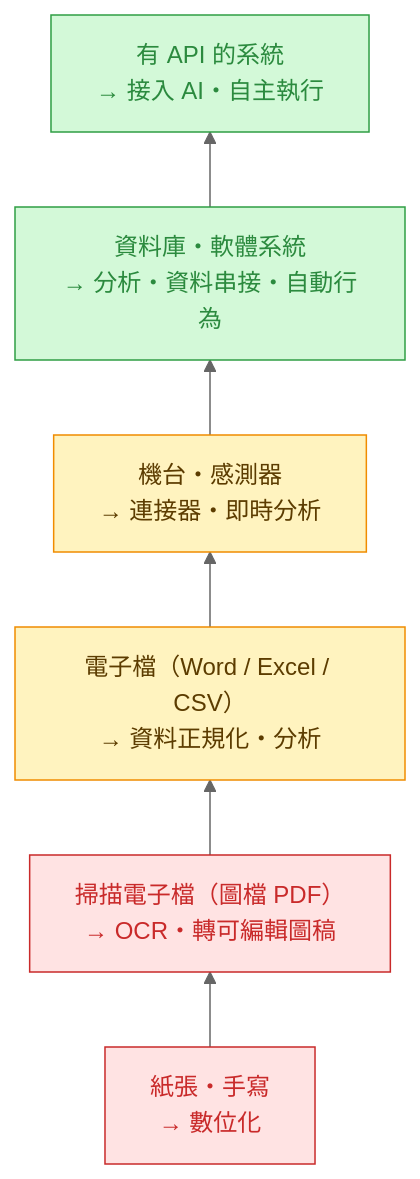
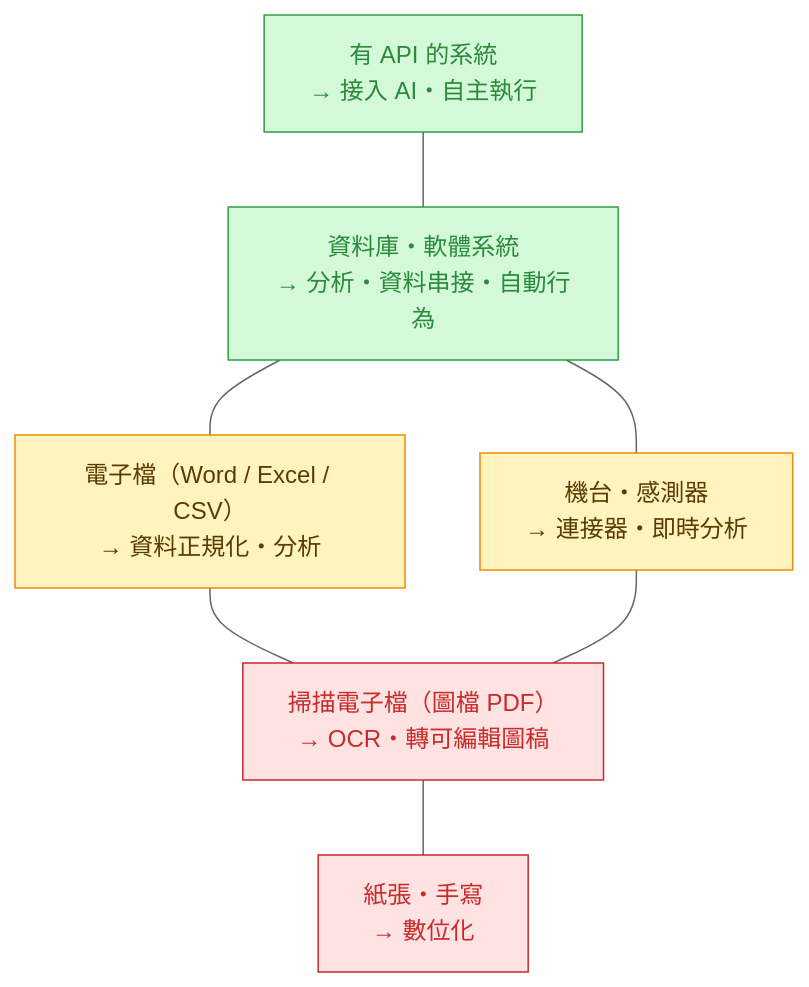
One commit to EddieSu/ai-adoption-notes changed the diagram in 資料數位化程度與AI介入.md. Above: the diagram before and after it, drawn with Mermaid (neutral theme). The commit also changed other lines of this file, not shown here.

````diff
--- a/資料數位化程度與AI介入.md
+++ b/資料數位化程度與AI介入.md
@@ -11,17 +11,22 @@
 ```mermaid
 flowchart BT
     L1["紙張・手寫<br/>→ 數位化"]
     L2["掃描電子檔（圖檔 PDF）<br/>→ OCR・轉可編輯圖稿"]
     L3["電子檔（Word / Excel / CSV）<br/>→ 資料正規化・分析"]
     L4["機台・感測器<br/>→ 連接器・即時分析"]
     L5["資料庫・軟體系統<br/>→ 分析・資料串接・自動行為"]
     L6["有 API 的系統<br/>→ 接入 AI・自主執行"]
-    L1 --> L2 --> L3 --> L4 --> L5 --> L6
+    L1 --- L2
+    L2 --- L3
+    L2 --- L4
+    L3 --- L5
+    L4 --- L5
+    L5 --- L6
 
     classDef low fill:#ffe3e3,stroke:#c92a2a,color:#c92a2a
     classDef mid fill:#fff3bf,stroke:#f08c00,color:#5c3c00
     classDef high fill:#d3f9d8,stroke:#2f9e44,color:#2b8a3e
     class L1,L2 low
     class L3,L4 mid
     class L5,L6 high
 ```
````
